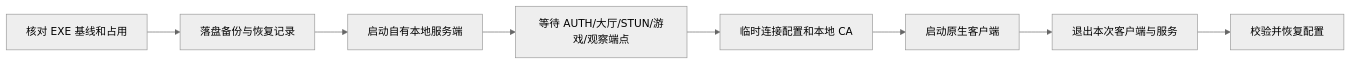
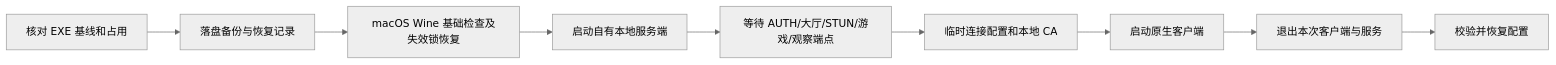
One commit to Enceka/cols-launcher changed the first of 2 diagrams in docs/DESIGN.md. Above: the diagram before and after it, drawn with Mermaid (neutral theme). The commit also changed other lines of this file and 10 other files, not shown here.

````diff
--- a/docs/DESIGN.md
+++ b/docs/DESIGN.md
@@ -13,10 +13,11 @@
 ```mermaid
 flowchart LR
     P[核对 EXE 基线和占用] --> J[落盘备份与恢复记录]
-    J --> B[启动自有本地服务端]
+    J --> W[macOS Wine 基础检查及失效锁恢复]
+    W --> B[启动自有本地服务端]
     B --> R[等待 AUTH/大厅/STUN/游戏/观察端点]
     R --> C[临时连接配置和本地 CA]
     C --> G[启动原生客户端]
     G --> E[退出本次客户端与服务]
     E --> S[校验并恢复配置]
 ```
````
